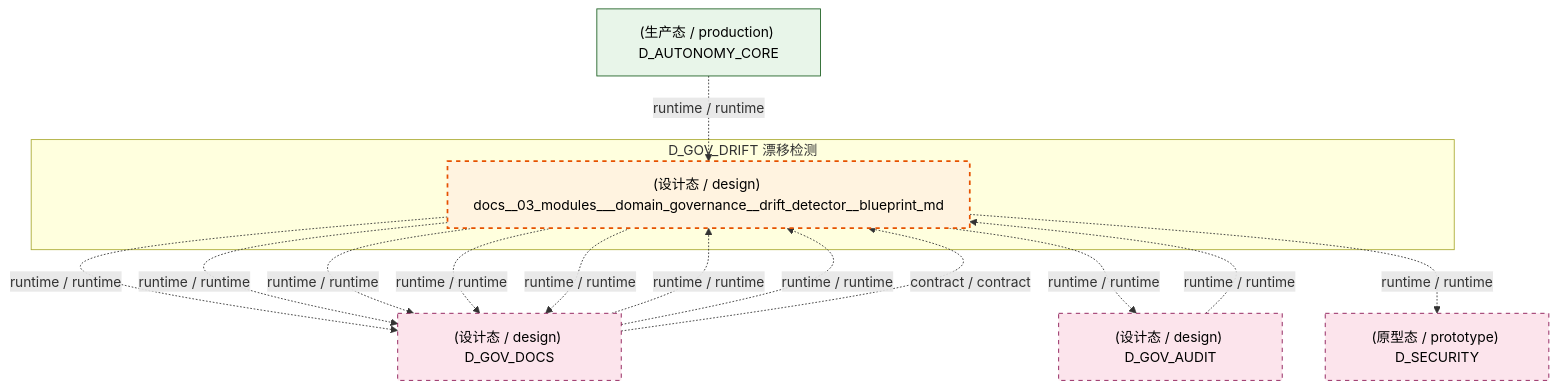
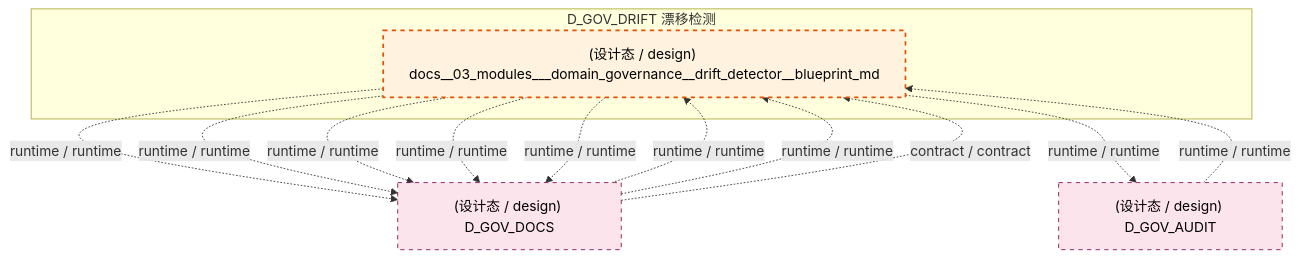
Before and after one commit to xuanFelixVan/ZephyrAlpha: the fifth of 7 diagrams in docs/02_enterprise_architecture/02_domain_architecture_docs/41_d_gov_drift.md, drawn with Mermaid. The commit also changed other lines of this file and 103 other files, not shown here.

````diff
--- a/docs/02_enterprise_architecture/02_domain_architecture_docs/41_d_gov_drift.md
+++ b/docs/02_enterprise_architecture/02_domain_architecture_docs/41_d_gov_drift.md
@@ -539,29 +535,24 @@
 ```mermaid
 graph TD
     subgraph D_GOV_DRIFT["D_GOV_DRIFT 漂移检测"]
         docs_03_modules_domain_governance_drift_detector_blueprint_md["(设计态 / design) docs__03_modules___domain_governance__drift_detector__blueprint_md"]
     end
     D_GOV_DOCS["(设计态 / design) D_GOV_DOCS"]
     docs_03_modules_domain_governance_drift_detector_blueprint_md -.->|runtime / runtime| D_GOV_DOCS
     docs_03_modules_domain_governance_drift_detector_blueprint_md -.->|runtime / runtime| D_GOV_DOCS
     D_GOV_AUDIT["(设计态 / design) D_GOV_AUDIT"]
     docs_03_modules_domain_governance_drift_detector_blueprint_md -.->|runtime / runtime| D_GOV_AUDIT
-    D_SECURITY["(原型态 / prototype) D_SECURITY"]
-    docs_03_modules_domain_governance_drift_detector_blueprint_md -.->|runtime / runtime| D_SECURITY
     docs_03_modules_domain_governance_drift_detector_blueprint_md -.->|runtime / runtime| D_GOV_DOCS
     docs_03_modules_domain_governance_drift_detector_blueprint_md -.->|runtime / runtime| D_GOV_DOCS
     docs_03_modules_domain_governance_drift_detector_blueprint_md -.->|runtime / runtime| D_GOV_DOCS
     D_GOV_AUDIT -.->|runtime / runtime| docs_03_modules_domain_governance_drift_detector_blueprint_md
     D_GOV_DOCS -.->|runtime / runtime| docs_03_modules_domain_governance_drift_detector_blueprint_md
     D_GOV_DOCS -.->|runtime / runtime| docs_03_modules_domain_governance_drift_detector_blueprint_md
     D_GOV_DOCS -.->|contract / contract| docs_03_modules_domain_governance_drift_detector_blueprint_md
-    D_AUTONOMY_CORE["(生产态 / production) D_AUTONOMY_CORE"]
-    D_AUTONOMY_CORE -.->|runtime / runtime| docs_03_modules_domain_governance_drift_detector_blueprint_md
     classDef production fill:#e1f5fe,stroke:#01579b,stroke-width:2px,color:#000
     classDef design fill:#fff3e0,stroke:#e65100,stroke-width:2px,color:#000,stroke-dasharray: 5 5
     classDef external_prod fill:#e8f5e9,stroke:#1b5e20,stroke-width:1px,color:#000
     classDef external_design fill:#fce4ec,stroke:#880e4f,stroke-width:1px,color:#000,stroke-dasharray: 5 5
     class docs_03_modules_domain_governance_drift_detector_blueprint_md design
-    class D_AUTONOMY_CORE external_prod
-    class D_GOV_DOCS,D_GOV_AUDIT,D_SECURITY external_design
+    class D_GOV_DOCS,D_GOV_AUDIT external_design
 ```
````
